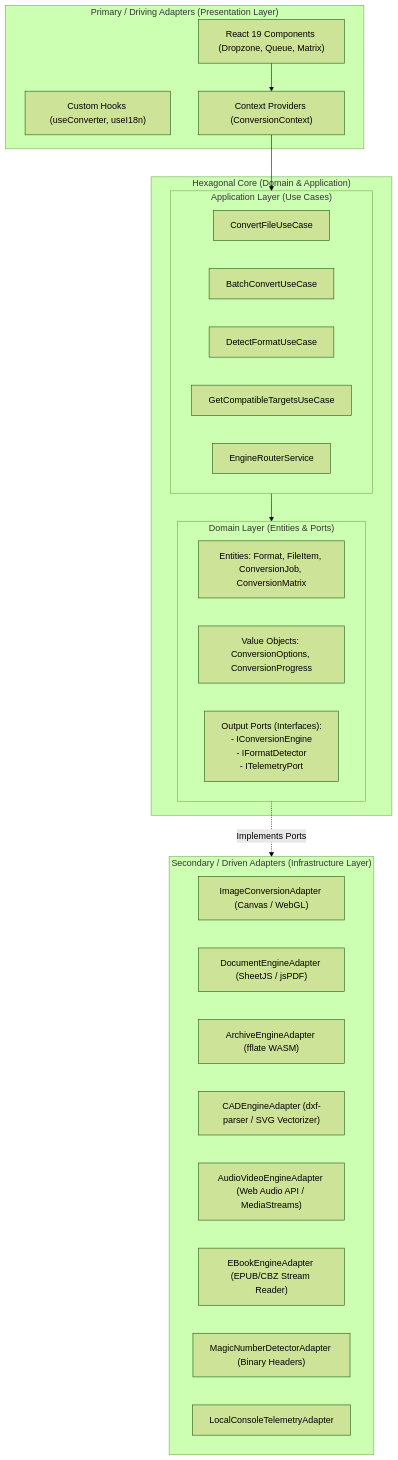
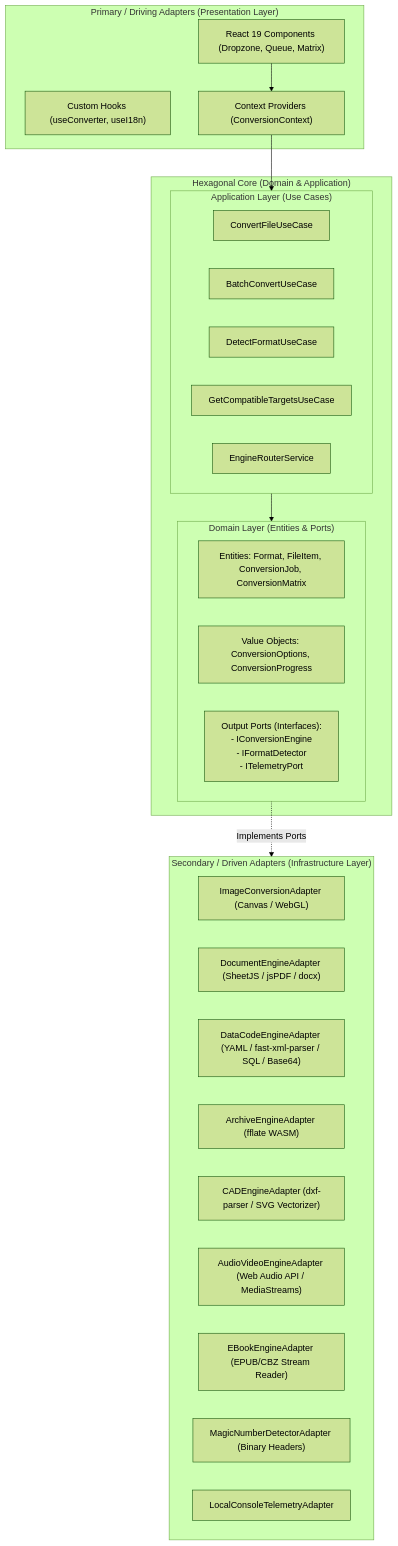
Before and after one commit to cristian-haro/neofile: the diagram in docs/ARCHITECTURE.md, drawn with Mermaid (forest theme). The commit also changed 12 other files, not shown here.

Commit message:
feat: implement Data & Code DevTools transformation engine (JSON, YAML, XML, SQL, Markdown, Base64)

````diff
--- a/docs/ARCHITECTURE.md
+++ b/docs/ARCHITECTURE.md
@@ -11,43 +11,44 @@
 ```mermaid
 flowchart TD
     subgraph Presentation ["Primary / Driving Adapters (Presentation Layer)"]
         UI["React 19 Components (Dropzone, Queue, Matrix)"]
         Hooks["Custom Hooks (useConverter, useI18n)"]
         Context["Context Providers (ConversionContext)"]
     end
 
     subgraph Core ["Hexagonal Core (Domain & Application)"]
         subgraph AppLayer ["Application Layer (Use Cases)"]
             UC1["ConvertFileUseCase"]
             UC2["BatchConvertUseCase"]
             UC3["DetectFormatUseCase"]
             UC4["GetCompatibleTargetsUseCase"]
             Router["EngineRouterService"]
         end
 
         subgraph DomainLayer ["Domain Layer (Entities & Ports)"]
             Entities["Entities: Format, FileItem, ConversionJob, ConversionMatrix"]
             VO["Value Objects: ConversionOptions, ConversionProgress"]
             
             Ports["Output Ports (Interfaces):
             - IConversionEngine
             - IFormatDetector
             - ITelemetryPort"]
         end
     end
 
     subgraph Infrastructure ["Secondary / Driven Adapters (Infrastructure Layer)"]
         E1["ImageConversionAdapter (Canvas / WebGL)"]
-        E2["DocumentEngineAdapter (SheetJS / jsPDF)"]
-        E3["ArchiveEngineAdapter (fflate WASM)"]
-        E4["CADEngineAdapter (dxf-parser / SVG Vectorizer)"]
-        E5["AudioVideoEngineAdapter (Web Audio API / MediaStreams)"]
-        E6["EBookEngineAdapter (EPUB/CBZ Stream Reader)"]
+        E2["DocumentEngineAdapter (SheetJS / jsPDF / docx)"]
+        E3["DataCodeEngineAdapter (YAML / fast-xml-parser / SQL / Base64)"]
+        E4["ArchiveEngineAdapter (fflate WASM)"]
+        E5["CADEngineAdapter (dxf-parser / SVG Vectorizer)"]
+        E6["AudioVideoEngineAdapter (Web Audio API / MediaStreams)"]
+        E7["EBookEngineAdapter (EPUB/CBZ Stream Reader)"]
         D1["MagicNumberDetectorAdapter (Binary Headers)"]
         T1["LocalConsoleTelemetryAdapter"]
     end
 
     UI --> Context --> AppLayer
     AppLayer --> DomainLayer
     DomainLayer -.->|Implements Ports| Infrastructure
 ```
````
